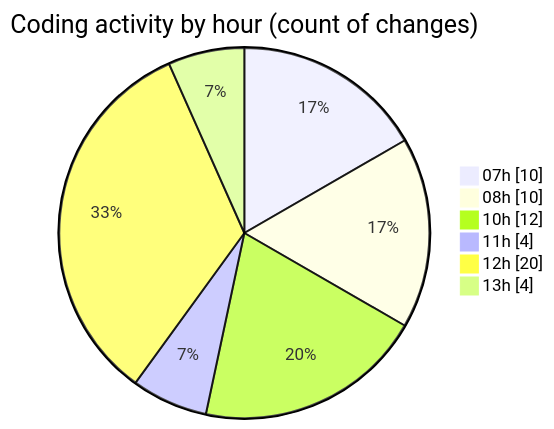
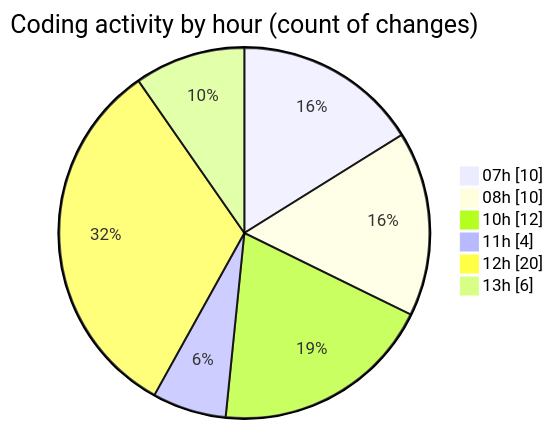
The second of 2 diagrams in 2026-02-08/singularitybrainai/README.md (tmsrecording-cyber/code-tracking), drawn with Mermaid before and after one commit. The commit also changed other lines of this file and 1 other file, not shown here.

````diff
--- a/2026-02-08/singularitybrainai/README.md
+++ b/2026-02-08/singularitybrainai/README.md
@@ -40,10 +41,10 @@
 ```mermaid
 pie showData
 title Coding activity by hour (count of changes)
 "07h" : 10
 "08h" : 10
 "10h" : 12
 "11h" : 4
 "12h" : 20
-"13h" : 4
+"13h" : 6
 ```
````
